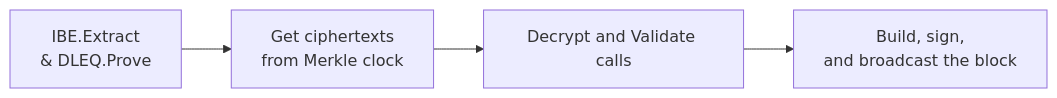
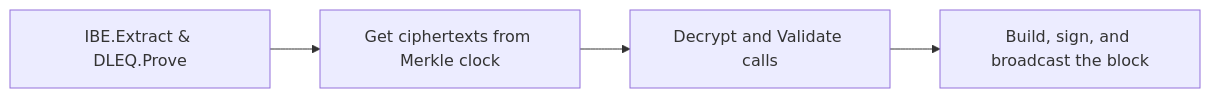
One commit to ideal-lab5/Grants-Program changed the sixth of 7 diagrams in applications/etf_network.md. Above: the diagram before and after it, drawn with Mermaid. The commit also changed other lines of this file, not shown here.

Commit message:
fix diagrams

````diff
--- a/applications/etf_network.md
+++ b/applications/etf_network.md
@@ -237,13 +174,6 @@
-``` mermaid
-   graph LR
-      A[IBE.Extract
-         & DLEQ.Prove] --> B[
-            Get ciphertexts 
-            from Merkle clock
-         ] --> C[
-            Decrypt and Validate calls
-         ] --> D[
-            Build, sign, 
-            and broadcast the block
-         ];
+```mermaid
+graph LR
+   A[IBE.Extract & DLEQ.Prove] --> B[Get ciphertexts from Merkle clock];
+   B-->C[Decrypt and Validate calls];
+   C-->D[Build, sign, and broadcast the block];
 ```
````
